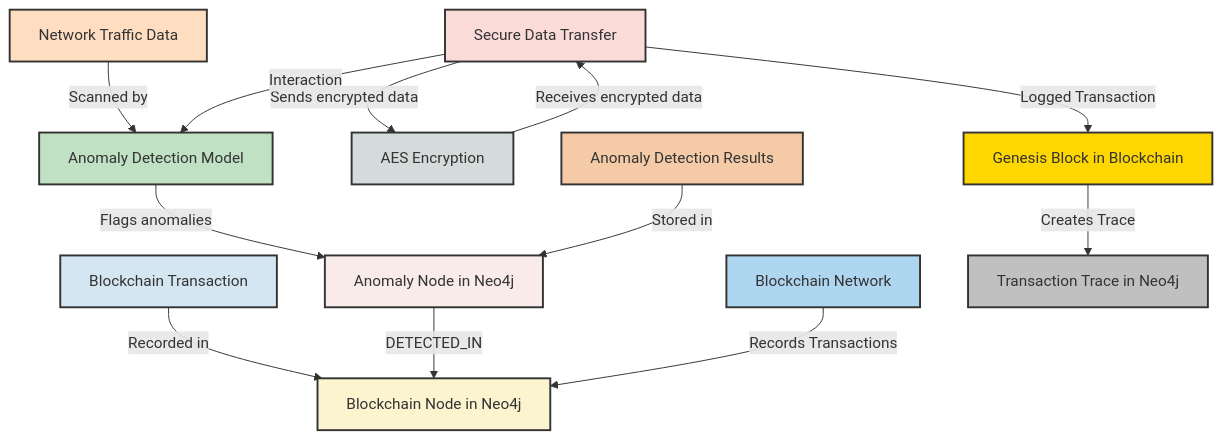
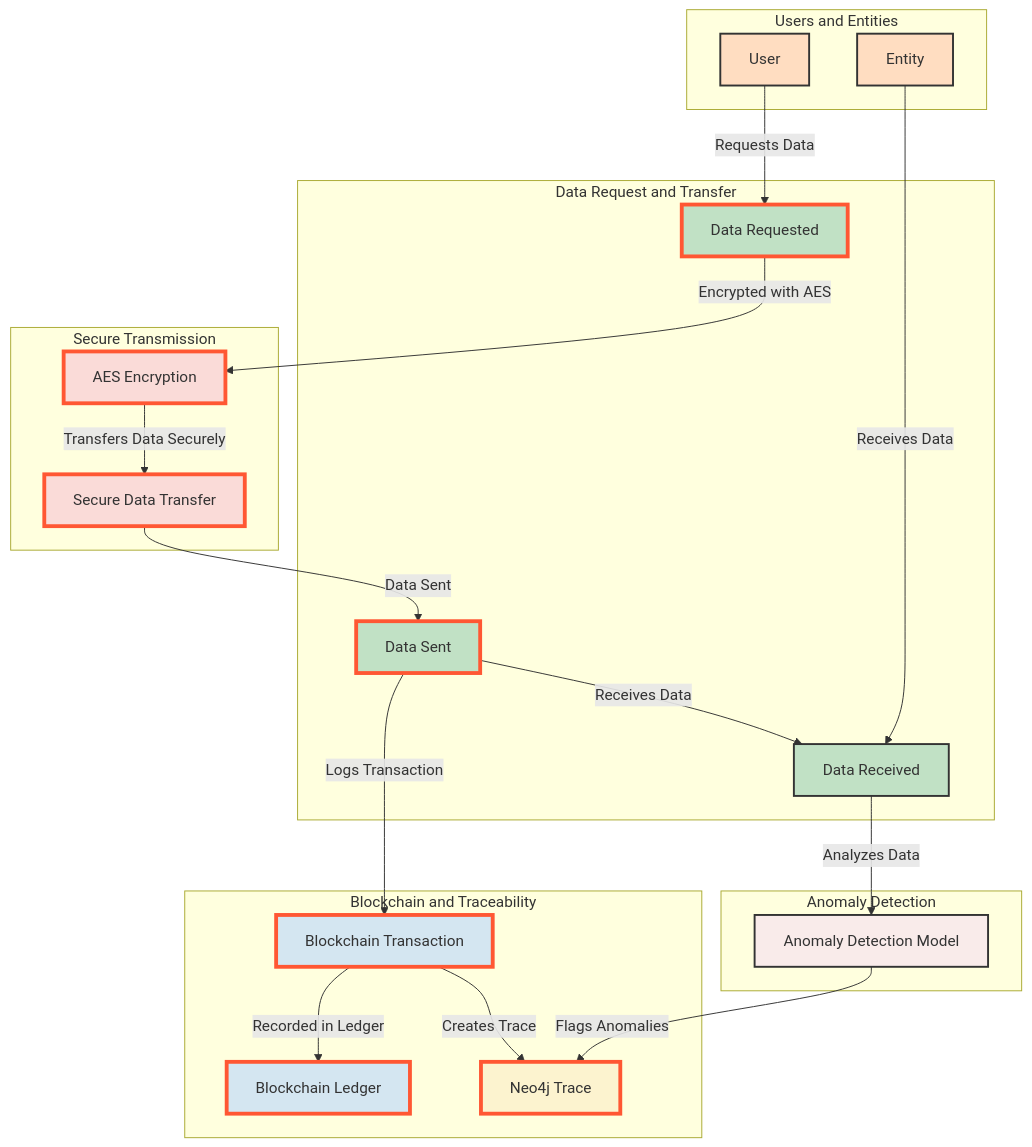
The diagram in README.md (taimax13/Chagu), drawn with Mermaid before and after one commit.

````diff
--- a/README.md
+++ b/README.md
@@ -4,28 +4,54 @@
 ```mermaid
 graph TD
-    A[Network Traffic Data] --> |Scanned by| B[Anomaly Detection Model]
-    B --> |Flags anomalies| C[Anomaly Node in Neo4j]
-    D[Blockchain Transaction] --> |Recorded in| E[Blockchain Node in Neo4j]
-    C --> |DETECTED_IN| E
-    F[Secure Data Transfer] --> |Sends encrypted data| G[AES Encryption]
-    G --> |Receives encrypted data| F
-    H[Blockchain Network] --> |Records Transactions| E
-    I[Anomaly Detection Results] --> |Stored in| C
-    F --> |Interaction| B
-    F --> |Logged Transaction| J[Genesis Block in Blockchain]
-    J --> |Creates Trace| K[Transaction Trace in Neo4j]
+    subgraph Users and Entities
+        A[User]:::userColor
+        B[Entity]:::userColor
+    end
 
-    %% Define colors
-    style A fill:#FFDDC1,stroke:#333,stroke-width:2px,color:#333;
-    style B fill:#C1E1C5,stroke:#333,stroke-width:2px,color:#333;
-    style C fill:#F9EBEA,stroke:#333,stroke-width:2px,color:#333;
-    style D fill:#D4E6F1,stroke:#333,stroke-width:2px,color:#333;
-    style E fill:#FCF3CF,stroke:#333,stroke-width:2px,color:#333;
-    style F fill:#FADBD8,stroke:#333,stroke-width:2px,color:#333;
-    style G fill:#D5DBDB,stroke:#333,stroke-width:2px,color:#333;
-    style H fill:#AED6F1,stroke:#333,stroke-width:2px,color:#333;
-    style I fill:#F5CBA7,stroke:#333,stroke-width:2px,color:#333;
-    style J fill:#FFD700,stroke:#333,stroke-width:2px,color:#333;  %% Genesis Block - Gold
-    style K fill:#C0C0C0,stroke:#333,stroke-width:2px,color:#333;  %% Transaction Trace - Silver
+    subgraph Data Request and Transfer
+        C[Data Requested]:::dataColor
+        D[Data Sent]:::dataColor
+        E[Data Received]:::dataColor
+    end
+
+    subgraph Secure Transmission
+        F[AES Encryption]:::encryptionColor
+        G[Secure Data Transfer]:::encryptionColor
+    end
+
+    subgraph Anomaly Detection
+        H[Anomaly Detection Model]:::anomalyColor
+    end
+
+    subgraph Blockchain and Traceability
+        I[Blockchain Transaction]:::blockchainColor
+        J[Blockchain Ledger]:::blockchainColor
+        K[Neo4j Trace]:::traceColor
+    end
+
+    %% Flow of Data
+    A -->|Requests Data| C
+    C -->|Encrypted with AES| F
+    F -->|Transfers Data Securely| G
+    G -->|Data Sent| D
+    D -->|Logs Transaction| I
+    I -->|Recorded in Ledger| J
+    I -->|Creates Trace| K
+    D -->|Receives Data| E
+    E -->|Analyzes Data| H
+    H -->|Flags Anomalies| K
+    B -->|Receives Data| E
+
+    %% Highlight Flow Arrows
+    classDef flowColor stroke:#FF5733,stroke-width:4px;
+    class C,F,G,D,I,J,K flowColor;
+
+    %% Define Colors
+    classDef userColor fill:#FFDDC1,stroke:#333,stroke-width:2px,color:#333;
+    classDef dataColor fill:#C1E1C5,stroke:#333,stroke-width:2px,color:#333;
+    classDef encryptionColor fill:#FADBD8,stroke:#333,stroke-width:2px,color:#333;
+    classDef anomalyColor fill:#F9EBEA,stroke:#333,stroke-width:2px,color:#333;
+    classDef blockchainColor fill:#D4E6F1,stroke:#333,stroke-width:2px,color:#333;
+    classDef traceColor fill:#FCF3CF,stroke:#333,stroke-width:2px,color:#333;
 
 ```
````
